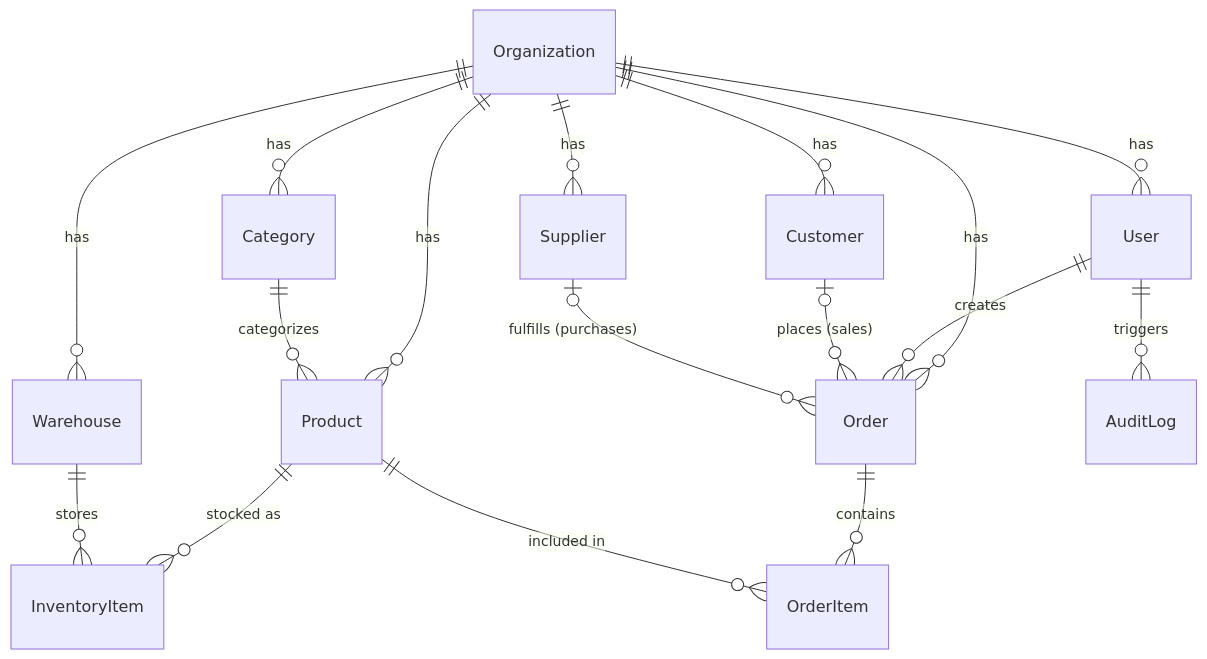
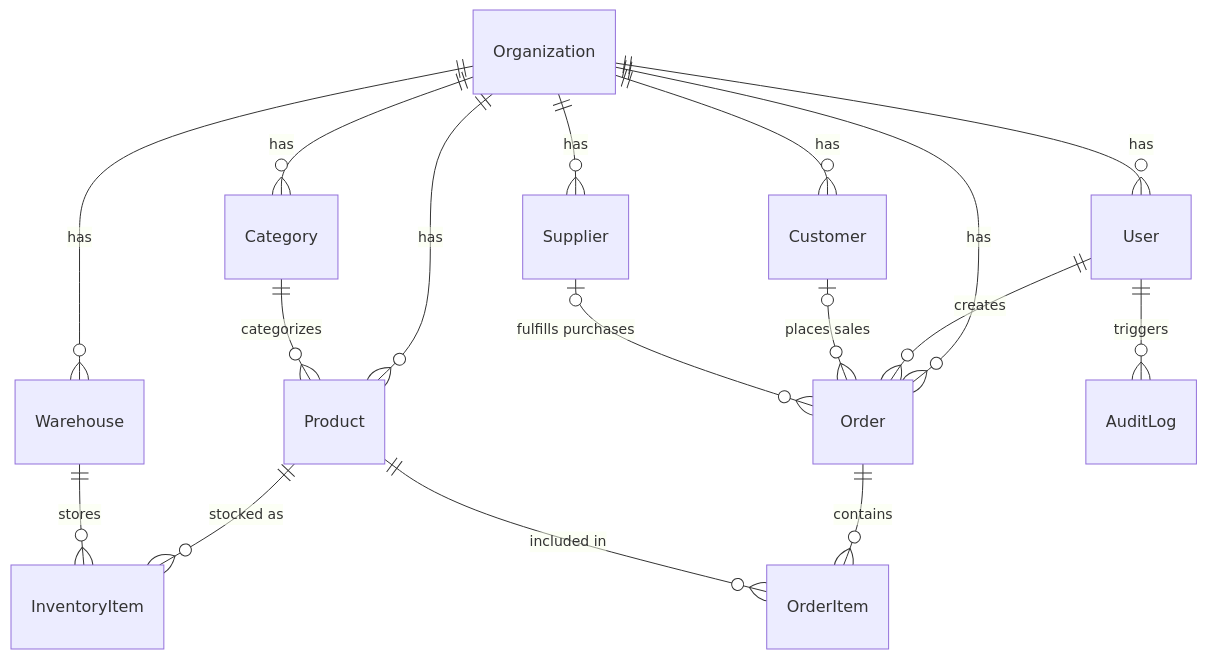
One commit to EzekielAbug/stockpilot changed the first of 2 diagrams in docs/ARCHITECTURE.md. Above: the diagram before and after it, drawn with Mermaid. The commit also changed other lines of this file, not shown here.

Commit message:
Fixed diagrams for architecture

````diff
--- a/docs/ARCHITECTURE.md
+++ b/docs/ARCHITECTURE.md
@@ -9,24 +9,24 @@
 ```mermaid
 erDiagram
     Organization ||--o{ User : "has"
     Organization ||--o{ Category : "has"
     Organization ||--o{ Product : "has"
     Organization ||--o{ Warehouse : "has"
     Organization ||--o{ Order : "has"
     Organization ||--o{ Customer : "has"
     Organization ||--o{ Supplier : "has"
     
     User ||--o{ AuditLog : "triggers"
     User ||--o{ Order : "creates"
     
     Category ||--o{ Product : "categorizes"
     
     Product ||--o{ InventoryItem : "stocked as"
     Warehouse ||--o{ InventoryItem : "stores"
     
     Order ||--o{ OrderItem : "contains"
     Product ||--o{ OrderItem : "included in"
     
-    Customer |o--o{ Order : "places (sales)"
-    Supplier |o--o{ Order : "fulfills (purchases)"
+    Customer |o--o{ Order : "places sales"
+    Supplier |o--o{ Order : "fulfills purchases"
 ```
````
